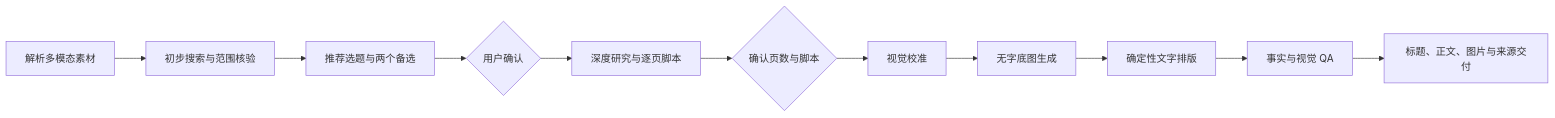
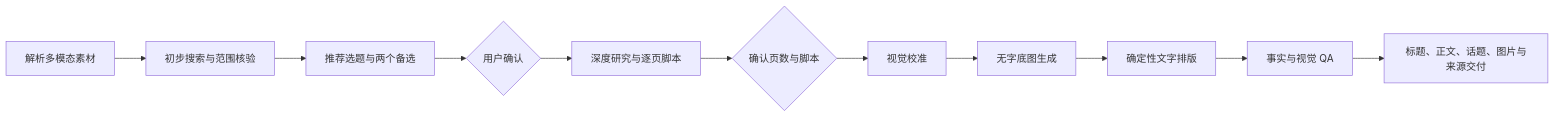
Before and after one commit to sunshine-lang/sfumatoAI-writing-skill: the diagram in README.md, drawn with Mermaid. The commit also changed other lines of this file and 8 other files, not shown here.

````diff
--- a/README.md
+++ b/README.md
@@ -28,13 +30,13 @@
 ```mermaid
 flowchart LR
     A[解析多模态素材] --> B[初步搜索与范围核验]
     B --> C[推荐选题与两个备选]
     C --> D{用户确认}
     D --> E[深度研究与逐页脚本]
     E --> F{确认页数与脚本}
     F --> G[视觉校准]
     G --> H[无字底图生成]
     H --> I[确定性文字排版]
     I --> J[事实与视觉 QA]
-    J --> K[标题、正文、图片与来源交付]
+    J --> K[标题、正文、话题、图片与来源交付]
 ```
````
